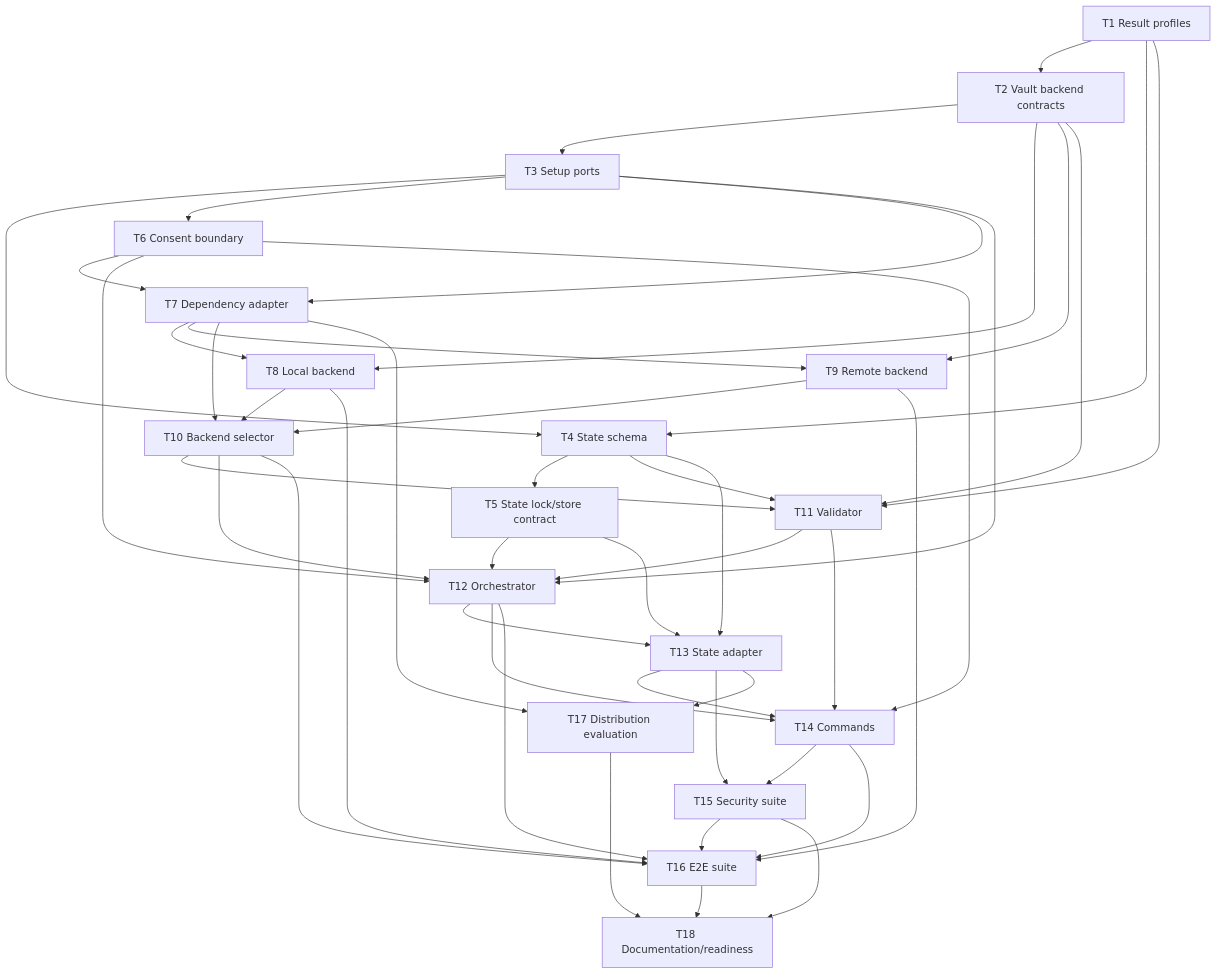
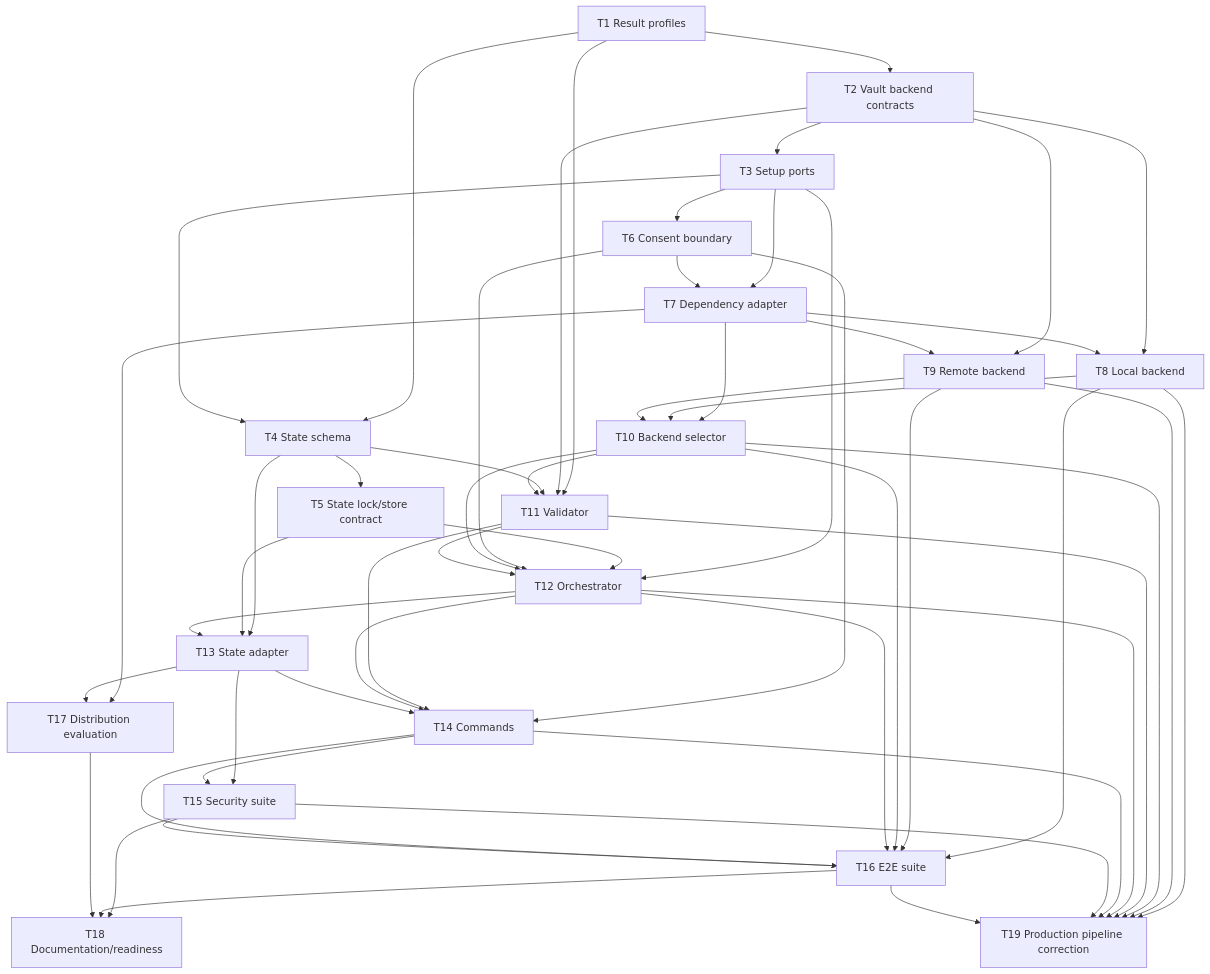
The diagram in .specs/features/devvault-setup/tasks.md (fean-developer/devvault), drawn with Mermaid before and after one commit. The commit also changed other lines of this file and 15 other files, not shown here.

Commit message:
fix(setup): wire production readiness pipeline

````diff
--- a/.specs/features/devvault-setup/tasks.md
+++ b/.specs/features/devvault-setup/tasks.md
@@ -485,47 +507,55 @@
 ```mermaid
 flowchart TD
     T1[T1 Result profiles] --> T2[T2 Vault backend contracts]
     T2 --> T3[T3 Setup ports]
     T1 --> T4[T4 State schema]
     T3 --> T4
     T4 --> T5[T5 State lock/store contract]
     T3 --> T6[T6 Consent boundary]
     T3 --> T7[T7 Dependency adapter]
     T6 --> T7
     T2 --> T8[T8 Local backend]
     T7 --> T8
     T2 --> T9[T9 Remote backend]
     T7 --> T9
     T7 --> T10[T10 Backend selector]
     T8 --> T10
     T9 --> T10
     T1 --> T11[T11 Validator]
     T2 --> T11
     T4 --> T11
     T10 --> T11
     T3 --> T12[T12 Orchestrator]
     T5 --> T12
     T6 --> T12
     T10 --> T12
     T11 --> T12
     T4 --> T13[T13 State adapter]
     T5 --> T13
     T12 --> T13
     T6 --> T14[T14 Commands]
     T11 --> T14
     T12 --> T14
     T13 --> T14
     T13 --> T15[T15 Security suite]
     T14 --> T15
     T8 --> T16[T16 E2E suite]
     T9 --> T16
     T10 --> T16
     T12 --> T16
     T14 --> T16
     T15 --> T16
     T7 --> T17[T17 Distribution evaluation]
     T13 --> T17
     T15 --> T18[T18 Documentation/readiness]
     T16 --> T18
     T17 --> T18
+    T8 --> T19[T19 Production pipeline correction]
+    T9 --> T19
+    T10 --> T19
+    T11 --> T19
+    T12 --> T19
+    T14 --> T19
+    T15 --> T19
+    T16 --> T19
 ```
````
